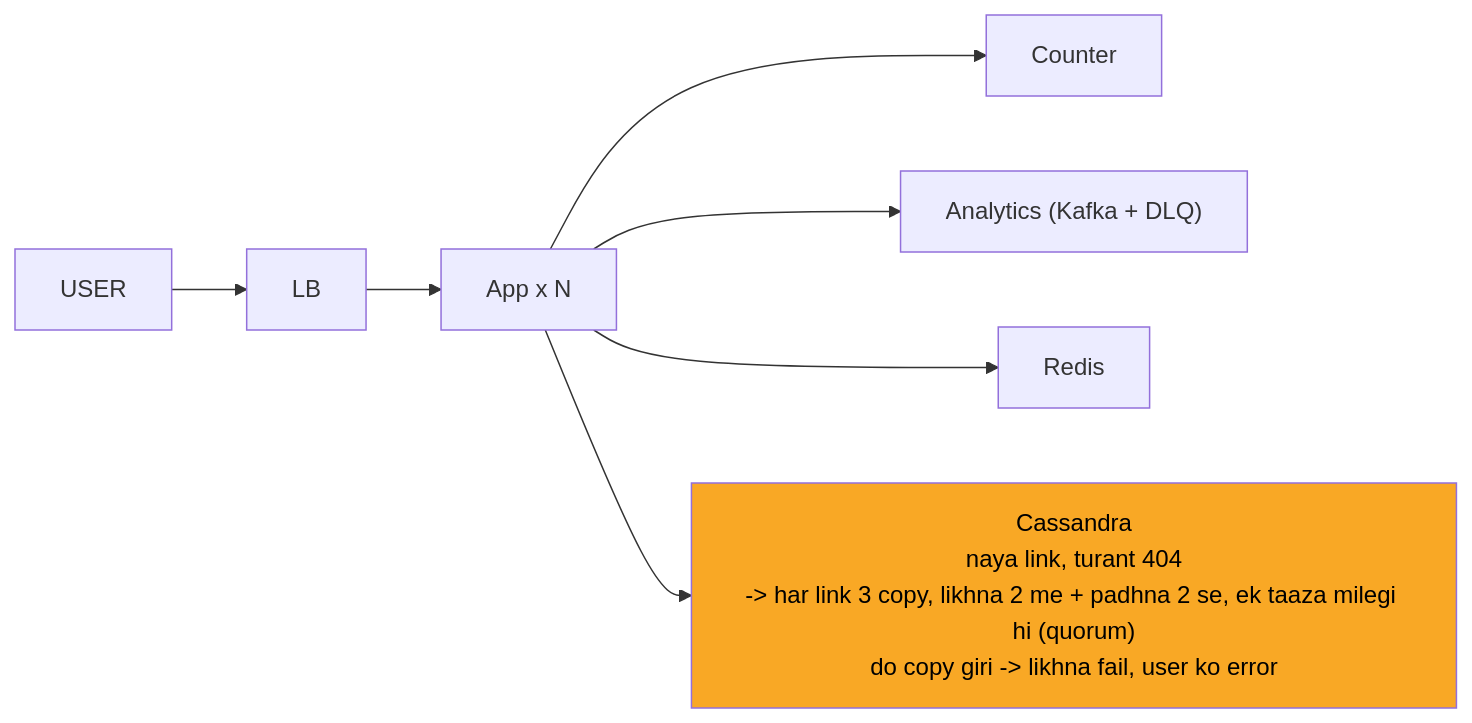
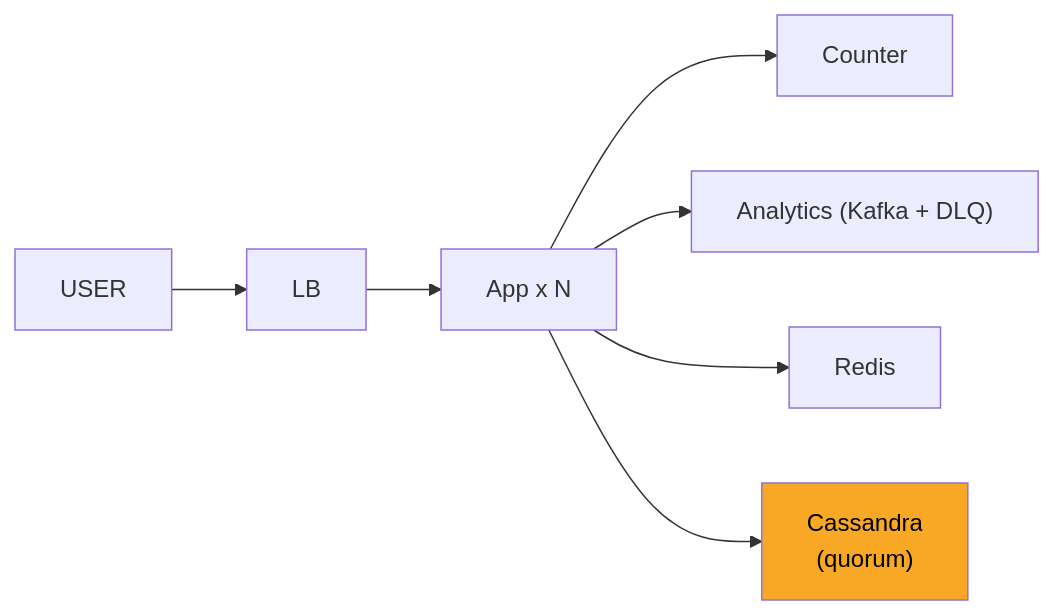
One commit to ArpanMaheshwari144/Prep changed the diagram in 04_HLD/SYSTEM_DESIGNS/01_url_shortener/img/c6.mmd. Above: the diagram before and after it, drawn with Mermaid. The commit also changed 29 other files, not shown here.

```diff
--- a/04_HLD/SYSTEM_DESIGNS/01_url_shortener/img/c6.mmd
+++ b/04_HLD/SYSTEM_DESIGNS/01_url_shortener/img/c6.mmd
@@ -1,16 +1,16 @@
 %%{init: {"flowchart": {"wrappingWidth": 450}}}%%
 flowchart LR
     n_USER["USER"]
     n_LB["LB"]
     n_App_xN["App x N"]
     n_Counter["Counter"]
     n_ANA["Analytics (Kafka + DLQ)"]
     n_Redis["Redis"]
-    n_Cassandra["Cassandra<br/>naya link, turant 404<br/>-> har link 3 copy, likhna 2 me + padhna 2 se, ek taaza milegi hi (quorum)<br/>do copy giri -> likhna fail, user ko error"]
+    n_Cassandra["Cassandra<br/>(quorum)"]
     n_USER --> n_LB
     n_LB --> n_App_xN
     n_App_xN --> n_Counter
     n_App_xN --> n_ANA
     n_App_xN --> n_Redis
     n_App_xN --> n_Cassandra
     style n_Cassandra fill:#f9a825,color:#000
```
